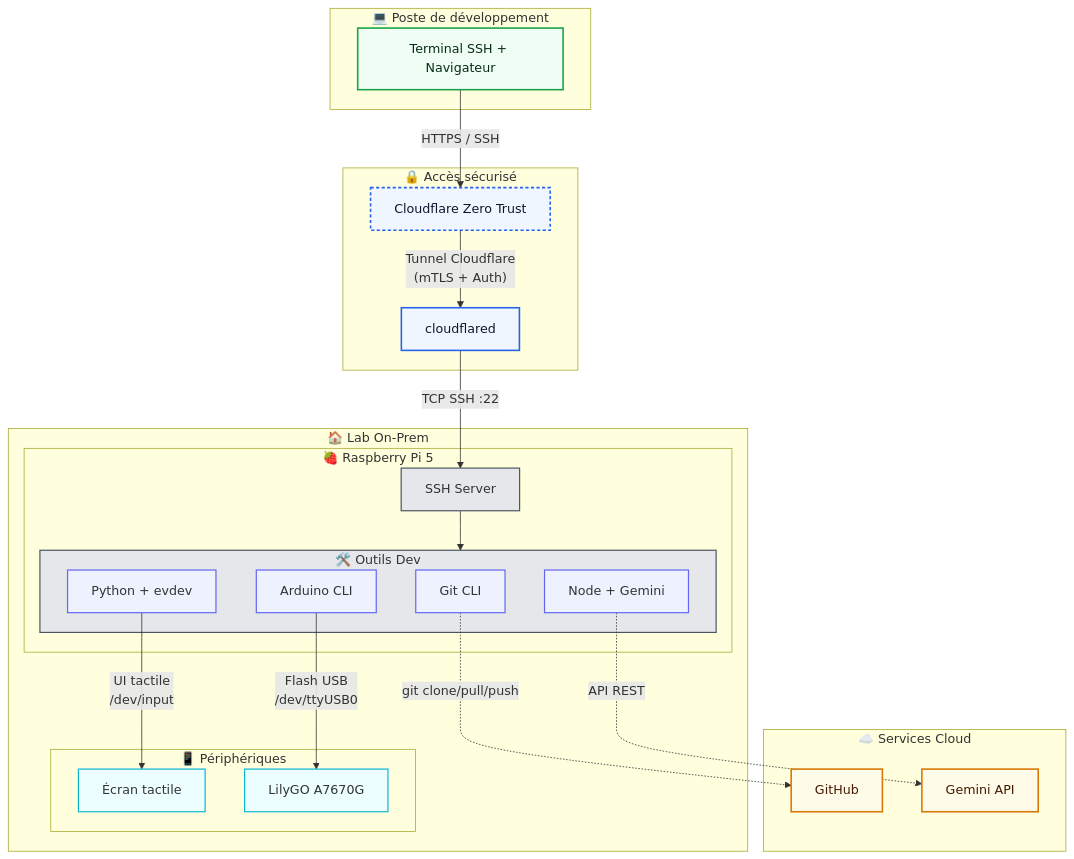
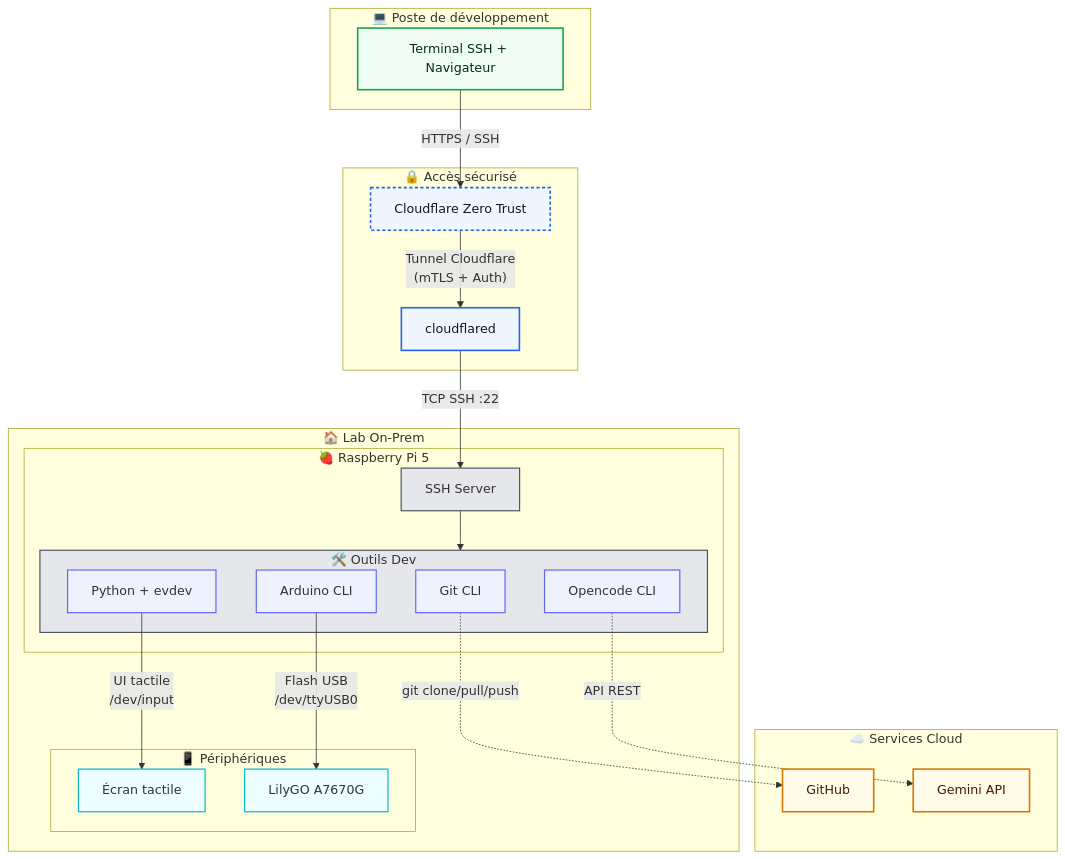
The diagram in labo/Labo-01/Laboratoire 01 - Environnement de programmation distant sur rPi.md (fpoisson2/243-4J5-LI), drawn with Mermaid before and after one commit. The commit also changed other lines of this file and 1 other file, not shown here.

First line of the commit message:
Remplace Gemini CLI par Opencode dans le labo 1

````diff
--- a/labo/Labo-01/Laboratoire 01 - Environnement de programmation distant sur rPi.md
+++ b/labo/Labo-01/Laboratoire 01 - Environnement de programmation distant sur rPi.md
@@ -10,73 +10,73 @@
 ```mermaid
 graph TD
     %% ==== STYLES ====
     classDef zoneClient fill:#f0fdf4,stroke:#16a34a,stroke-width:2px,color:#052e16;
     classDef zoneAccess fill:#eff6ff,stroke:#2563eb,stroke-width:2px,color:#0f172a;
     classDef zoneLab fill:#f9fafb,stroke:#4b5563,stroke-width:2px,color:#020617;
     classDef zoneCloud fill:#fefce8,stroke:#d97706,stroke-width:2px,color:#451a03;
     classDef componentCore fill:#e5e7eb,stroke:#4b5563,stroke-width:1.5px;
     classDef componentService fill:#eef2ff,stroke:#6366f1,stroke-width:1.5px;
     classDef componentDevice fill:#ecfeff,stroke:#06b6d4,stroke-width:1.5px;
     classDef securityEdge fill:#fef2f2,stroke:#b91c1c,stroke-width:1.5px,stroke-dasharray:4 3;
 
     %% ==== ZONE CLIENT ====
     subgraph Zone_Client ["💻 Poste de développement"]
         Dev_PC["Terminal SSH + Navigateur"]:::zoneClient
     end
 
     %% ==== ZONE D'ACCÈS / EDGE ====
     subgraph Zone_Access ["🔒 Accès sécurisé"]
         CF_ZT["Cloudflare Zero Trust"]:::securityEdge
         CF_Tunnel["cloudflared"]:::componentService
     end
 
     %% ==== ZONE LAB / ON-PREM ====
     subgraph Zone_Lab ["🏠 Lab On-Prem"]
         subgraph RPi5_Core ["🍓 Raspberry Pi 5"]
             SSHD["SSH Server"]:::componentCore
 
             subgraph Dev_Stack ["🛠️ Outils Dev"]
                 Git_CLI["Git CLI"]:::componentService
-                Node_Gemini["Node + Gemini"]:::componentService
+                Opencode["Opencode CLI"]:::componentService
                 Python_Env["Python + evdev"]:::componentService
                 Arduino_CLI["Arduino CLI"]:::componentService
             end
         end
 
         subgraph Lab_Devices ["📱 Périphériques"]
             Touchscreen["Écran tactile"]:::componentDevice
             LilyGO_A7670G["LilyGO A7670G"]:::componentDevice
         end
     end
 
     %% ==== ZONE CLOUD / SAAS ====
     subgraph Zone_Cloud ["☁️ Services Cloud"]
         GitHub_SaaS["GitHub"]:::zoneCloud
         Gemini_API["Gemini API"]:::zoneCloud
     end
 
     %% ==== FLUX PRINCIPAUX ====
 
     %% 1. ACCÈS DISTANT (vertical)
     Dev_PC -->|"HTTPS / SSH"| CF_ZT
     CF_ZT -->|"Tunnel Cloudflare<br/>(mTLS + Auth)"| CF_Tunnel
     CF_Tunnel -->|"TCP SSH :22"| SSHD
     SSHD --> Dev_Stack
 
     %% 2. DEV & GESTION DE CODE
     Git_CLI -.->|"git clone/pull/push"| GitHub_SaaS
 
     %% 3. APPELS IA
-    Node_Gemini -.->|"API REST"| Gemini_API
+    Opencode -.->|"API REST"| Gemini_API
 
     %% 4. INTERACTIONS MATÉRIELLES
     Python_Env -->|"UI tactile<br/>/dev/input"| Touchscreen
     Arduino_CLI -->|"Flash USB<br/>/dev/ttyUSB0"| LilyGO_A7670G
 
     %% ==== CLASS ZONES ====
     class Dev_PC zoneClient;
     class CF_ZT,CF_Tunnel zoneAccess;
     class SSHD,Dev_Stack componentCore;
     class Touchscreen,LilyGO_A7670G componentDevice;
     class GitHub_SaaS,Gemini_API zoneCloud;
 ```
````
